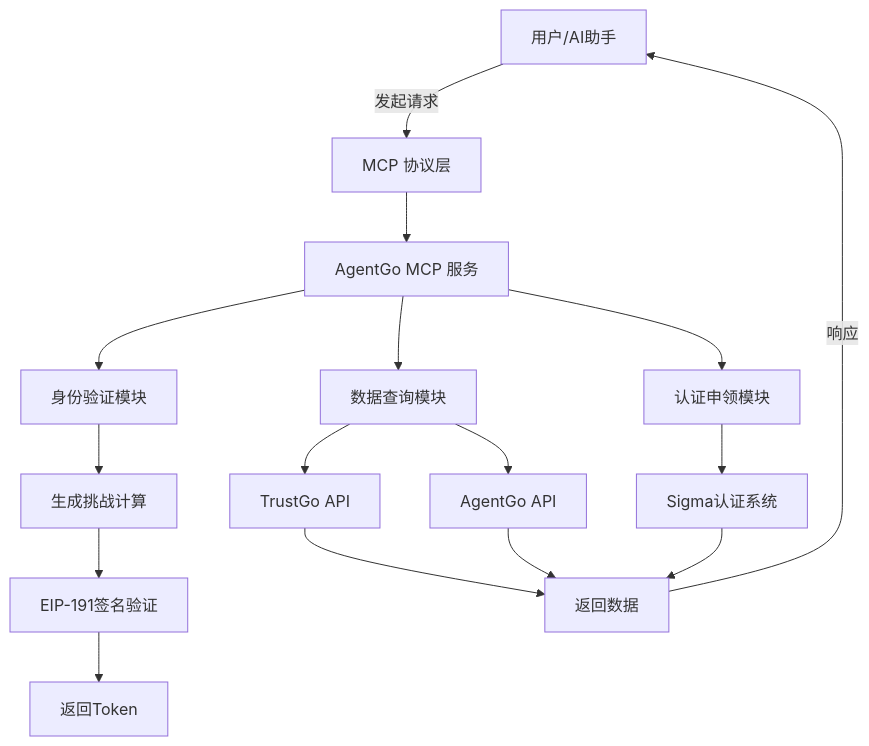
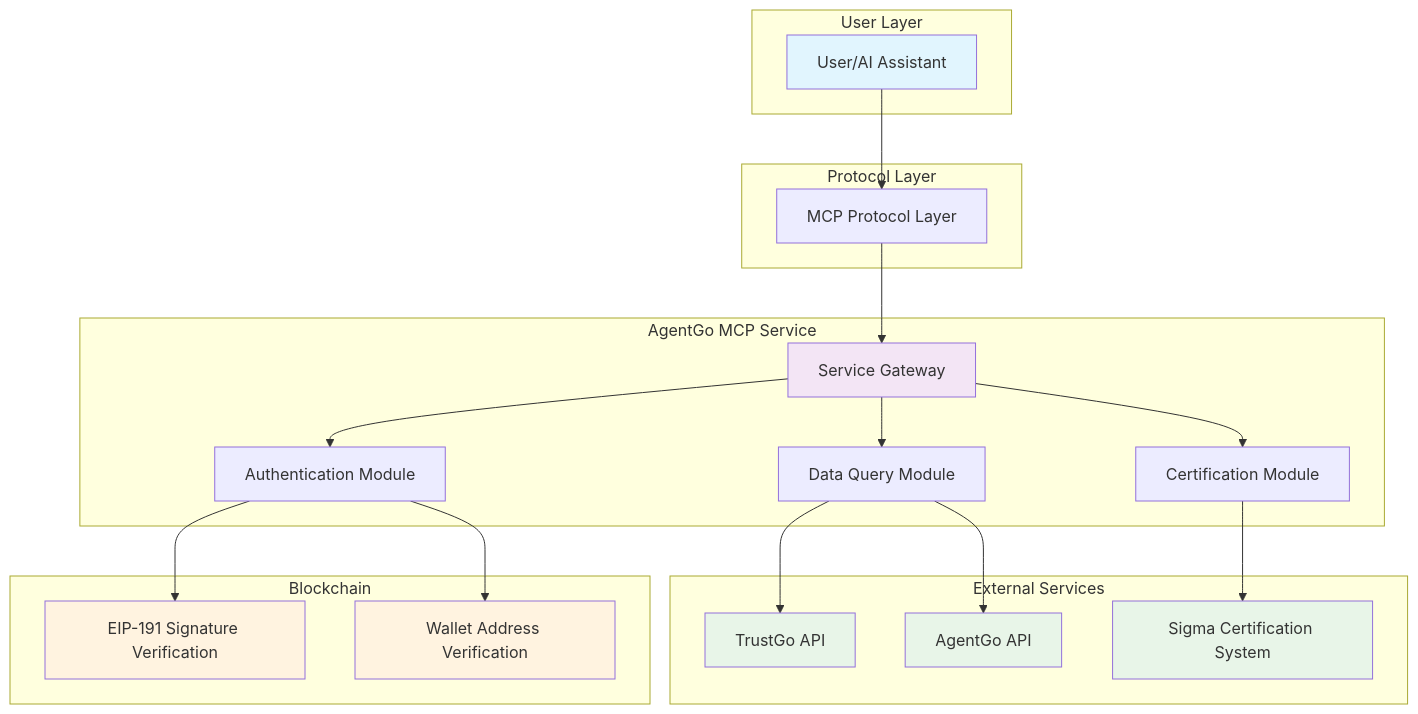
The diagram in README.md (Quan3Xin/AgentGo-MCP-Service), drawn with Mermaid before and after one commit. The commit also changed other lines of this file and 2 other files, not shown here.

````diff
--- a/README.md
+++ b/README.md
@@ -74,18 +32,48 @@
 ```mermaid
-graph TD
-    A[用户/AI助手] -->|发起请求| B[MCP 协议层]
-    B --> C[AgentGo MCP 服务]
-    C --> D[身份验证模块]
-    C --> E[数据查询模块]
-    C --> F[认证申领模块]
-    D --> D1[生成挑战计算]
-    D1 --> D2[EIP-191签名验证]
-    D2 --> D3[返回Token]
-    E --> E1[TrustGo API]
-    E --> E2[AgentGo API]
-    F --> F1[Sigma认证系统]
-    E1 --> G[返回数据]
-    E2 --> G
-    F1 --> G
-    G -->|响应| A
+graph TB
+    subgraph "User Layer"
+        A[User/AI Assistant]
+    end
+    
+    subgraph "Protocol Layer"
+        B[MCP Protocol Layer]
+    end
+    
+    subgraph "AgentGo MCP Service"
+        C[Service Gateway]
+        D[Authentication Module]
+        E[Data Query Module]
+        F[Certification Module]
+    end
+    
+    subgraph "External Services"
+        G[TrustGo API]
+        H[AgentGo API]
+        I[Sigma Certification System]
+    end
+    
+    subgraph "Blockchain"
+        J[EIP-191 Signature Verification]
+        K[Wallet Address Verification]
+    end
+    
+    A --> B
+    B --> C
+    C --> D
+    C --> E
+    C --> F
+    
+    D --> J
+    D --> K
+    E --> G
+    E --> H
+    F --> I
+    
+    style A fill:#e1f5fe
+    style C fill:#f3e5f5
+    style G fill:#e8f5e8
+    style H fill:#e8f5e8
+    style I fill:#e8f5e8
+    style J fill:#fff3e0
+    style K fill:#fff3e0
 ```
````
